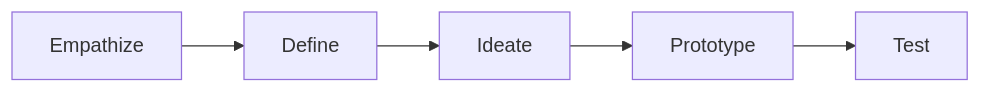
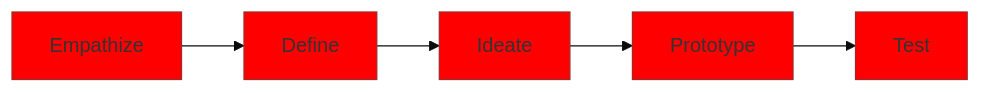
Before and after one commit to Standards-and-Practices/Structured-Rapid-Development: the diagram in experiences/design/DesignThinking.md, drawn with Mermaid.

Commit message:
Test theme for mermaid diagram.

````diff
--- a/experiences/design/DesignThinking.md
+++ b/experiences/design/DesignThinking.md
@@ -6,7 +6,8 @@
 ```mermaid
+  %%{init: {'theme': 'base', 'themeVariables': { 'primaryColor': '#ff0000'}}}%%
   flowchart LR;
       Empathize-->Define;
       Define-->Ideate;
       Ideate-->Prototype;
       Prototype-->Test;
 ```
````
